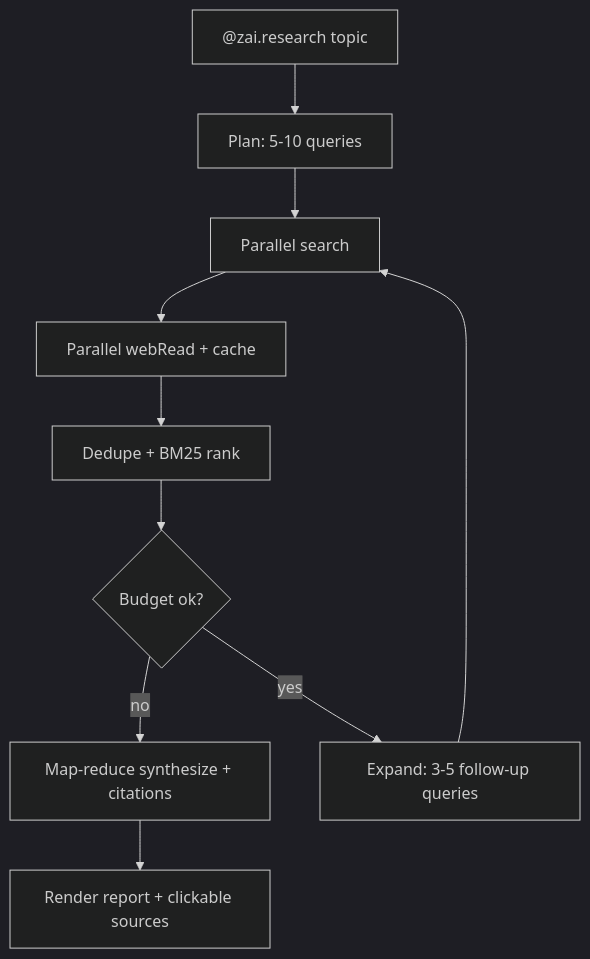
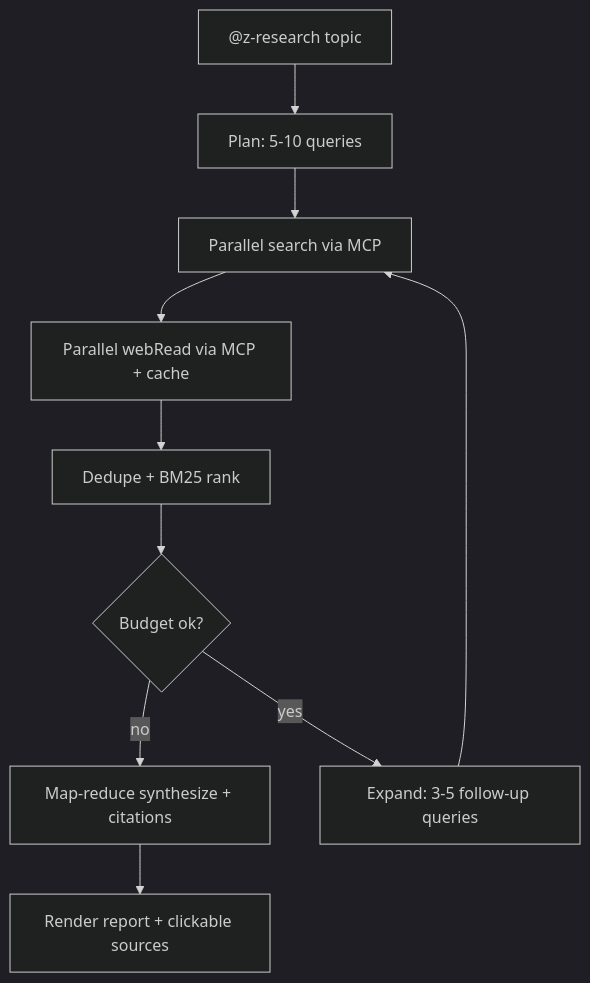
Before and after one commit to ltmoerdani/zai-copilot-chat: the diagram in README.md, drawn with Mermaid (dark theme). The commit also changed other lines of this file and 21 other files, not shown here.

````diff
--- a/README.md
+++ b/README.md
@@ -74,12 +78,12 @@
 ```mermaid
 flowchart TD
-    U["@zai.research topic"] --> Plan[Plan: 5-10 queries]
-    Plan --> Search[Parallel search]
-    Search --> Read[Parallel webRead + cache]
+    U["@z-research topic"] --> Plan[Plan: 5-10 queries]
+    Plan --> Search[Parallel search via MCP]
+    Search --> Read[Parallel webRead via MCP + cache]
     Read --> Rank[Dedupe + BM25 rank]
     Rank --> Done{Budget ok?}
     Done -- no --> Synth[Map-reduce synthesize + citations]
     Done -- yes --> Expand[Expand: 3-5 follow-up queries]
     Expand --> Search
     Synth --> Out[Render report + clickable sources]
 ```
````
